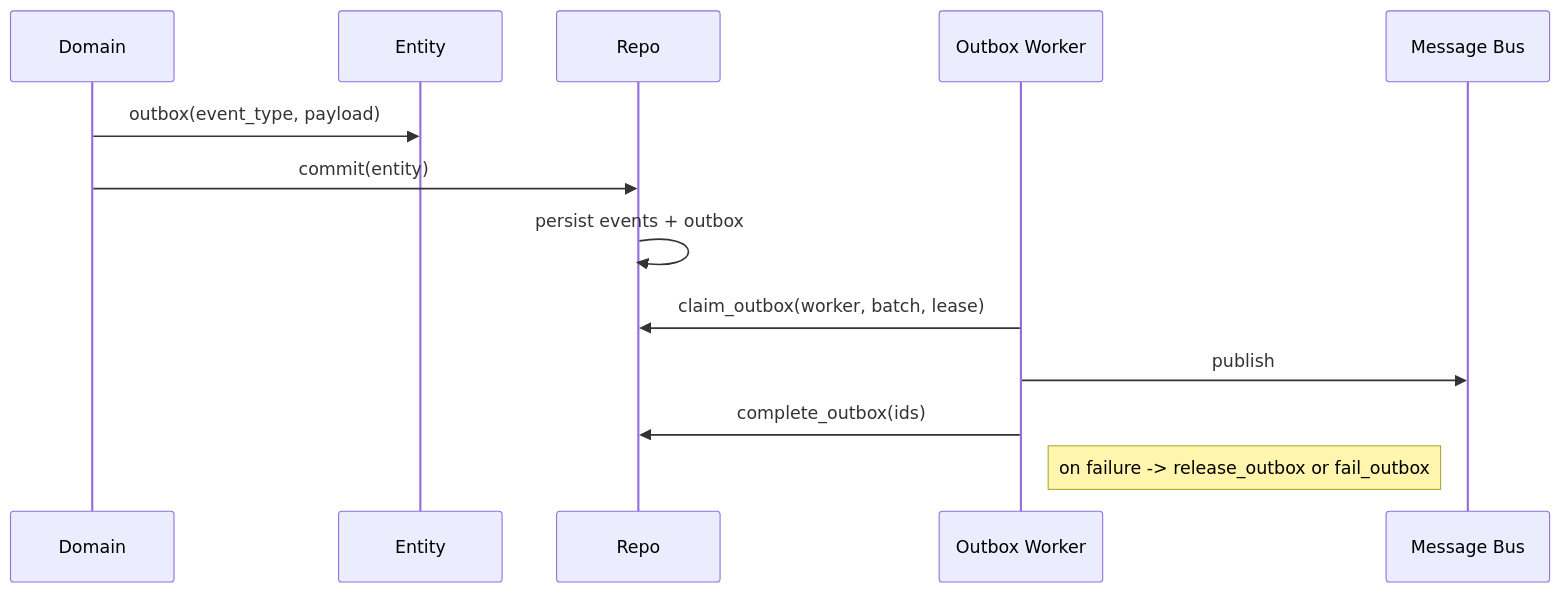
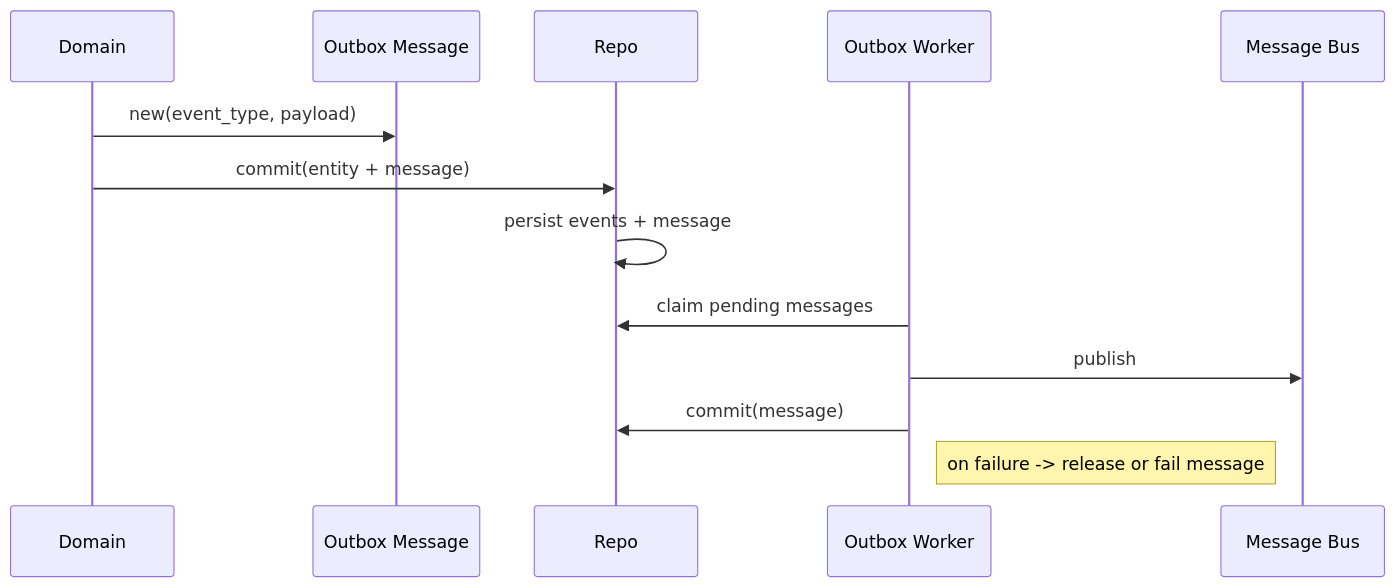
The third of 5 diagrams in README.md (patrickleet/sourced_rust), drawn with Mermaid before and after one commit. The commit also changed other lines of this file and 26 other files, not shown here.

````diff
--- a/README.md
+++ b/README.md
@@ -151,15 +185,15 @@
 ```mermaid
 sequenceDiagram
     participant Domain
-    participant Entity
+    participant Msg as Outbox Message
     participant Repo
-    participant Outbox as Outbox Worker
+    participant Worker as Outbox Worker
     participant Bus as Message Bus
-    Domain->>Entity: outbox(event_type, payload)
-    Domain->>Repo: commit(entity)
-    Repo->>Repo: persist events + outbox
-    Outbox->>Repo: claim_outbox(worker, batch, lease)
-    Outbox->>Bus: publish
-    Outbox->>Repo: complete_outbox(ids)
-    Note right of Outbox: on failure -> release_outbox or fail_outbox
+    Domain->>Msg: new(event_type, payload)
+    Domain->>Repo: commit(entity + message)
+    Repo->>Repo: persist events + message
+    Worker->>Repo: claim pending messages
+    Worker->>Bus: publish
+    Worker->>Repo: commit(message)
+    Note right of Worker: on failure -> release or fail message
 ```
````
